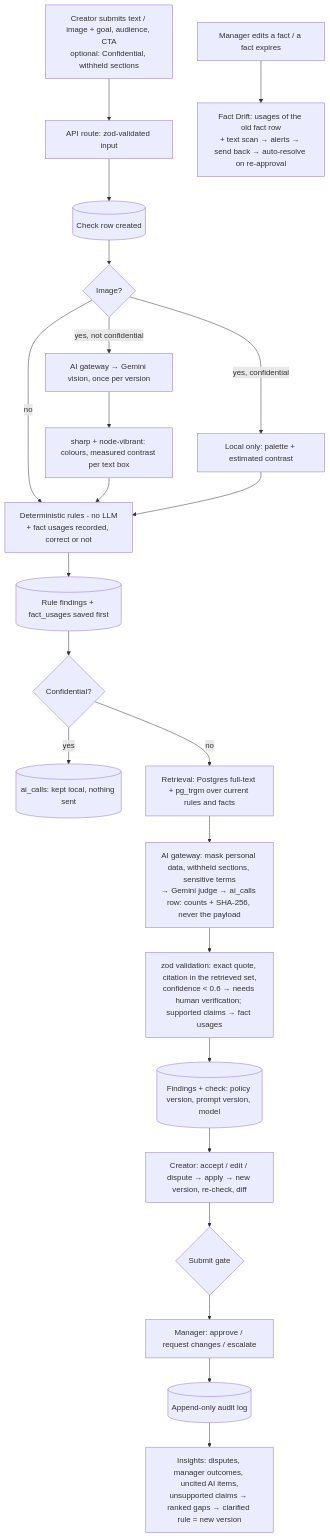
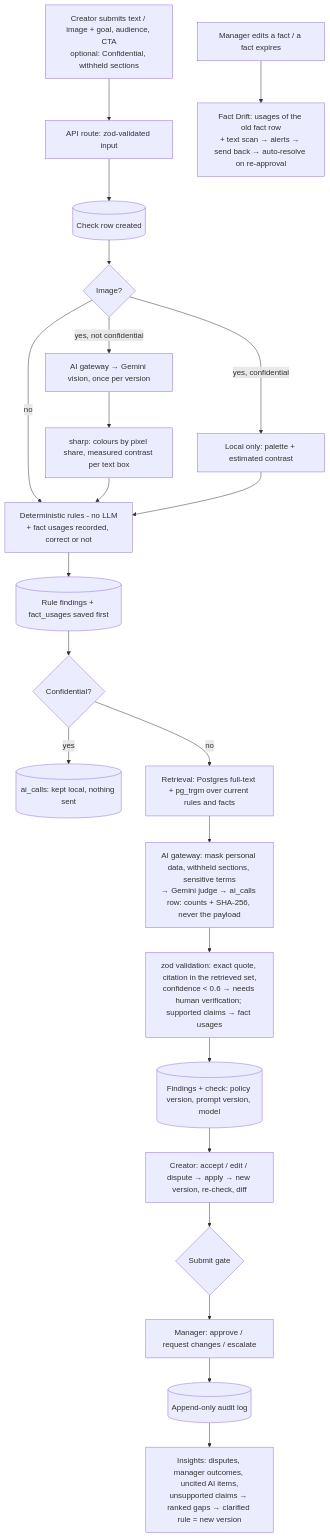
Before and after one commit to notaditya28/verity-: the diagram in README.md, drawn with Mermaid. The commit also changed 13 other files, not shown here.

Commit message:
fix: measure dominant colours by true pixel share (drop node-vibrant) and text contrast without blur, so corrected on-brand images pass

````diff
--- a/README.md
+++ b/README.md
@@ -34,25 +34,25 @@
 ```mermaid
 flowchart TD
     A[Creator submits text / image + goal, audience, CTA<br/>optional: Confidential, withheld sections] --> B[API route: zod-validated input]
     B --> K[(Check row created)]
     K --> I{Image?}
     I -- "yes, not confidential" --> V[AI gateway → Gemini vision, once per version]
     I -- "yes, confidential" --> VL[Local only: palette + estimated contrast]
-    V --> P[sharp + node-vibrant: colours, measured contrast per text box]
+    V --> P[sharp: colours by pixel share, measured contrast per text box]
     I -- no --> D
     P --> D
     VL --> D[Deterministic rules - no LLM<br/>+ fact usages recorded, correct or not]
     D --> S[(Rule findings + fact_usages saved first)]
     S --> CF{Confidential?}
     CF -- yes --> LL[(ai_calls: kept local, nothing sent)]
     CF -- no --> R[Retrieval: Postgres full-text + pg_trgm over current rules and facts]
     R --> GW[AI gateway: mask personal data, withheld sections, sensitive terms<br/>→ Gemini judge → ai_calls row: counts + SHA-256, never the payload]
     GW --> Z[zod validation: exact quote, citation in the retrieved set,<br/>confidence < 0.6 → needs human verification; supported claims → fact usages]
     Z --> F[(Findings + check: policy version, prompt version, model)]
     F --> C[Creator: accept / edit / dispute → apply → new version, re-check, diff]
     C --> G{Submit gate}
     G --> M[Manager: approve / request changes / escalate]
     M --> L[(Append-only audit log)]
     FE[Manager edits a fact / a fact expires] --> DR[Fact Drift: usages of the old fact row<br/>+ text scan → alerts → send back → auto-resolve on re-approval]
     L --> IN[Insights: disputes, manager outcomes, uncited AI items,<br/>unsupported claims → ranked gaps → clarified rule = new version]
 ```
````
